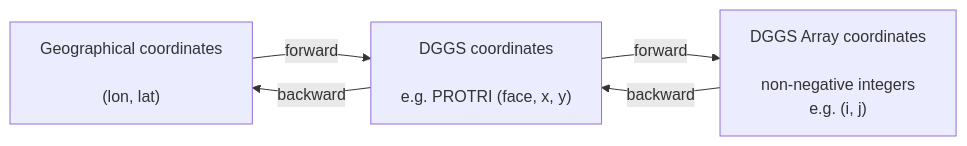
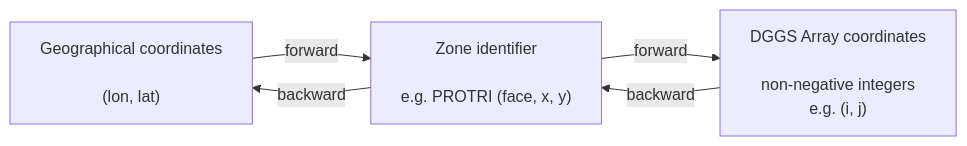
One commit to danlooo/dggs-data-spec changed the first of 2 diagrams in dggs-data-spec.md. Above: the diagram before and after it, drawn with Mermaid. The commit also changed other lines of this file and 2 other files, not shown here.

````diff
--- a/dggs-data-spec.md
+++ b/dggs-data-spec.md
@@ -90,22 +90,22 @@
 ```mermaid
 flowchart LR
     geo["
         Geographical coordinates
 
         (lon, lat)
     "]
     dggs["
-        DGGS coordinates
+        Zone identifier
 
         e.g. PROTRI (face, x, y)
     "]
     array["
         DGGS Array coordinates
 
         non-negative integers
         e.g. (i, j)
     "]
 
     geo -->|forward| dggs -->|forward| array
     array -->|backward| dggs -->|backward| geo
 ```
````
